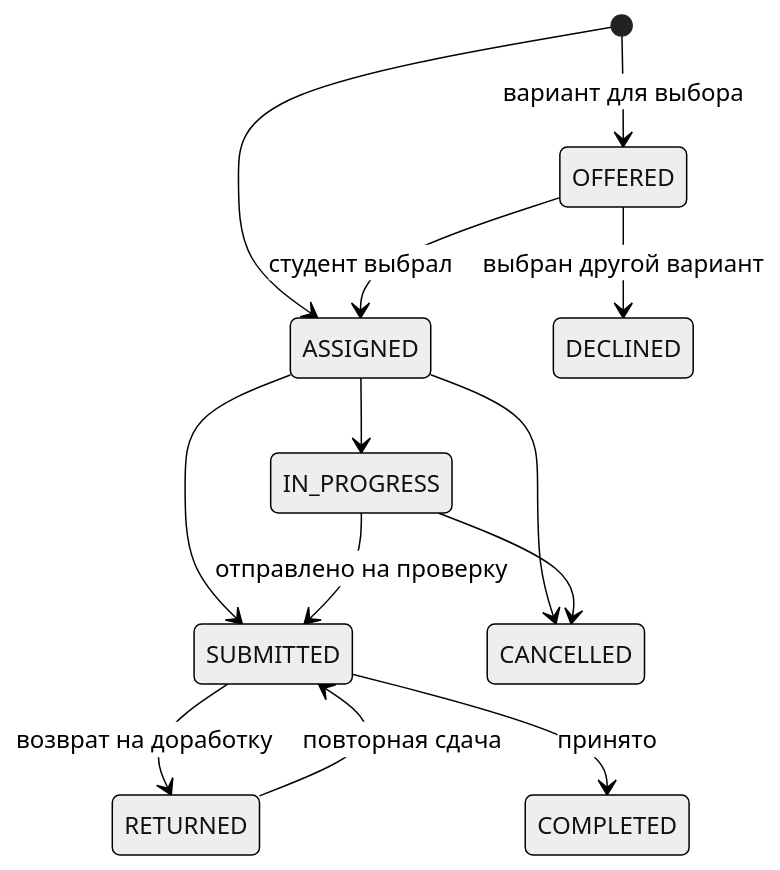
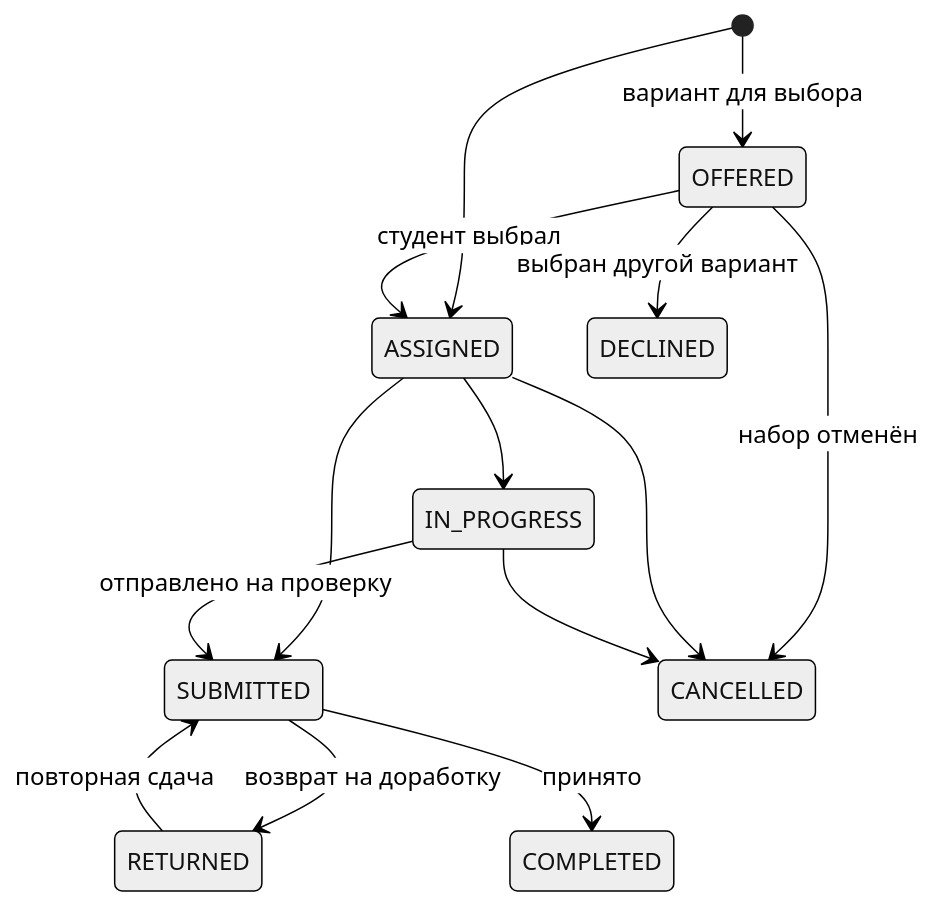
The fifth of 5 diagrams in docs/architecture/data-model.md (Homka-1/kpvk-iot), drawn with Mermaid (neutral theme) before and after one commit. The commit also changed other lines of this file and 5 other files, not shown here.

````diff
--- a/docs/architecture/data-model.md
+++ b/docs/architecture/data-model.md
@@ -156,15 +156,16 @@
 ```mermaid
 stateDiagram-v2
   [*] --> OFFERED: вариант для выбора
   [*] --> ASSIGNED
   OFFERED --> ASSIGNED: студент выбрал
   OFFERED --> DECLINED: выбран другой вариант
   ASSIGNED --> IN_PROGRESS
   ASSIGNED --> SUBMITTED
   IN_PROGRESS --> SUBMITTED: отправлено на проверку
   SUBMITTED --> RETURNED: возврат на доработку
   RETURNED --> SUBMITTED: повторная сдача
   SUBMITTED --> COMPLETED: принято
+  OFFERED --> CANCELLED: набор отменён
   ASSIGNED --> CANCELLED
   IN_PROGRESS --> CANCELLED
 ```
````
